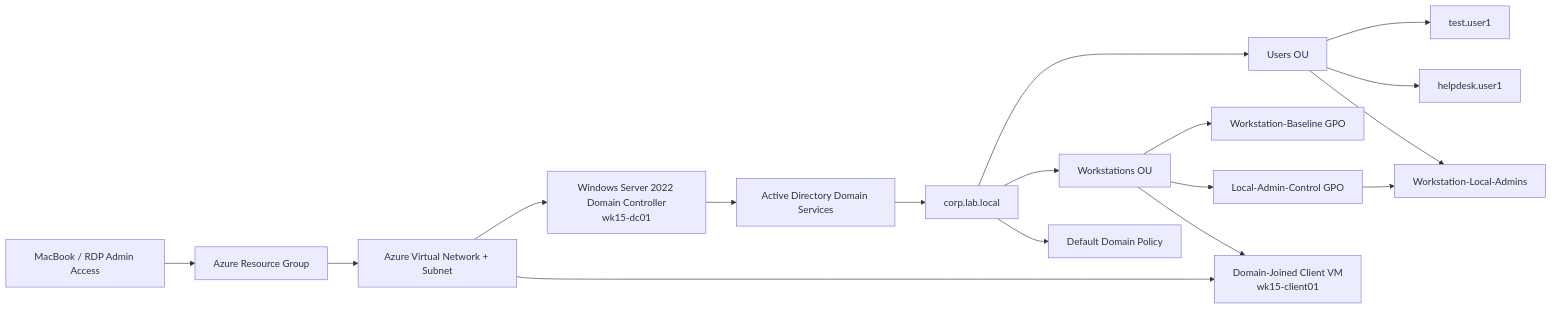
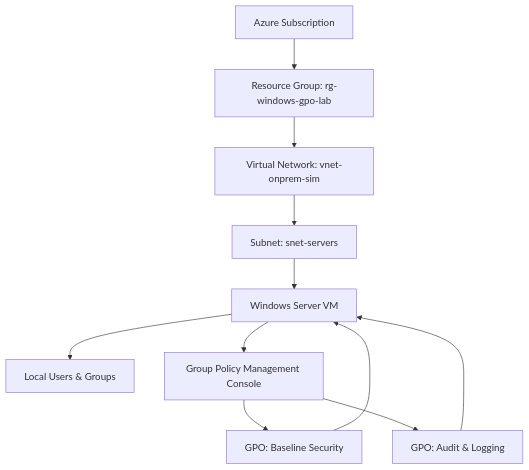
The diagram in week-15-windows-server-gpo-hardening/README.md (devinlaws50-wq/cyber-notes), drawn with Mermaid before and after one commit. The commit also changed other lines of this file, not shown here.

Commit message:
Rewrite README with corrected diagram and screenshots

````diff
--- a/week-15-windows-server-gpo-hardening/README.md
+++ b/week-15-windows-server-gpo-hardening/README.md
@@ -11,19 +17,15 @@
 ```mermaid
-flowchart LR
-    A[MacBook / RDP Admin Access] --> B[Azure Resource Group]
-    B --> C[Azure Virtual Network + Subnet]
-    C --> D[Windows Server 2022 Domain Controller<br/>wk15-dc01]
-    D --> E[Active Directory Domain Services]
-    E --> F[corp.lab.local]
-    F --> G[Users OU]
-    F --> H[Workstations OU]
-    G --> I[test.user1]
-    G --> J[helpdesk.user1]
-    G --> K[Workstation-Local-Admins]
-    F --> L[Default Domain Policy]
-    H --> M[Workstation-Baseline GPO]
-    H --> N[Local-Admin-Control GPO]
-    N --> K
-    C --> O[Domain-Joined Client VM<br/>wk15-client01]
-    H --> O
+graph TD
+    A[Azure Subscription] --> B[Resource Group: rg-windows-gpo-lab]
+    B --> C[Virtual Network: vnet-onprem-sim]
+    C --> D[Subnet: snet-servers]
+    D --> E[Windows Server VM]
+
+    E --> F[Local Users & Groups]
+    E --> G[Group Policy Management Console]
+    G --> H[GPO: Baseline Security]
+    G --> I[GPO: Audit & Logging]
+
+    H --> E
+    I --> E
 ```
````
